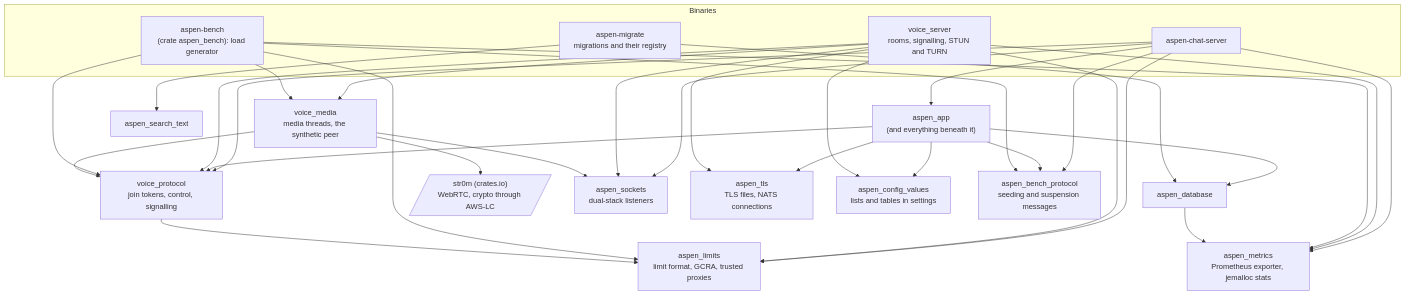
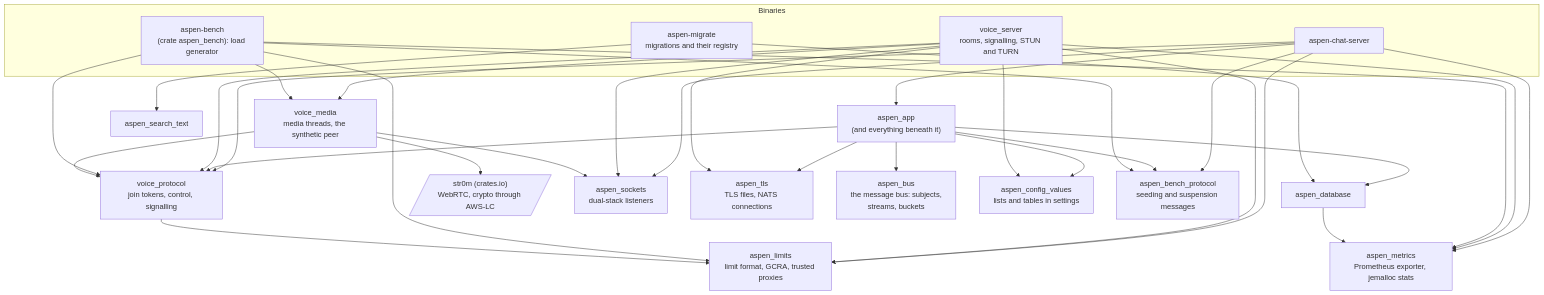
The second of 3 diagrams in docs/diagrams/crates.md (aspen-chat/aspen-chat-server), drawn with Mermaid before and after one commit. The commit also changed 30 other files, not shown here.

First line of the commit message:
Reach NATS through aspen_bus, Aspen's own message bus types

````diff
--- a/docs/diagrams/crates.md
+++ b/docs/diagrams/crates.md
@@ -68,31 +68,32 @@
 ```mermaid
 flowchart TB
     subgraph bins["Binaries"]
         chat["aspen-chat-server"]
         voice_server["voice_server<br/>rooms, signalling, STUN and TURN"]
         migrate["aspen-migrate<br/>migrations and their registry"]
         bench["aspen-bench<br/>(crate aspen_bench): load generator"]
     end
 
     app["aspen_app<br/>(and everything beneath it)"]
     database["aspen_database"]
     search_text["aspen_search_text"]
     voice_protocol["voice_protocol<br/>join tokens, control, signalling"]
     voice_media["voice_media<br/>media threads, the synthetic peer"]
     str0m[/"str0m (crates.io)<br/>WebRTC, crypto through AWS-LC"/]
     limits["aspen_limits<br/>limit format, GCRA, trusted proxies"]
     metrics["aspen_metrics<br/>Prometheus exporter, jemalloc stats"]
     sockets["aspen_sockets<br/>dual-stack listeners"]
     tls["aspen_tls<br/>TLS files, NATS connections"]
+    bus["aspen_bus<br/>the message bus: subjects,<br/>streams, buckets"]
     config_values["aspen_config_values<br/>lists and tables in settings"]
     bench_protocol["aspen_bench_protocol<br/>seeding and suspension messages"]
 
     chat --> app & voice_protocol & limits & metrics & sockets & bench_protocol
-    app --> database & voice_protocol & tls & config_values & bench_protocol
+    app --> database & voice_protocol & tls & bus & config_values & bench_protocol
     voice_server --> voice_protocol & voice_media & limits & metrics & sockets & tls & config_values
     migrate --> database & search_text
     bench --> voice_protocol & voice_media & limits & metrics & bench_protocol
     voice_media --> voice_protocol & sockets & str0m
     voice_protocol --> limits
     database --> metrics
 ```
````
